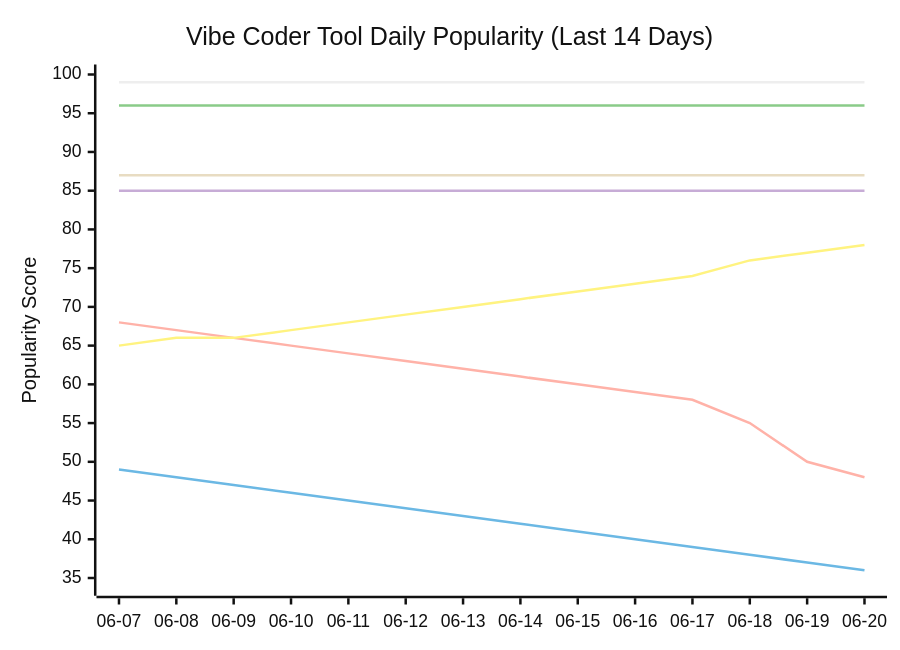
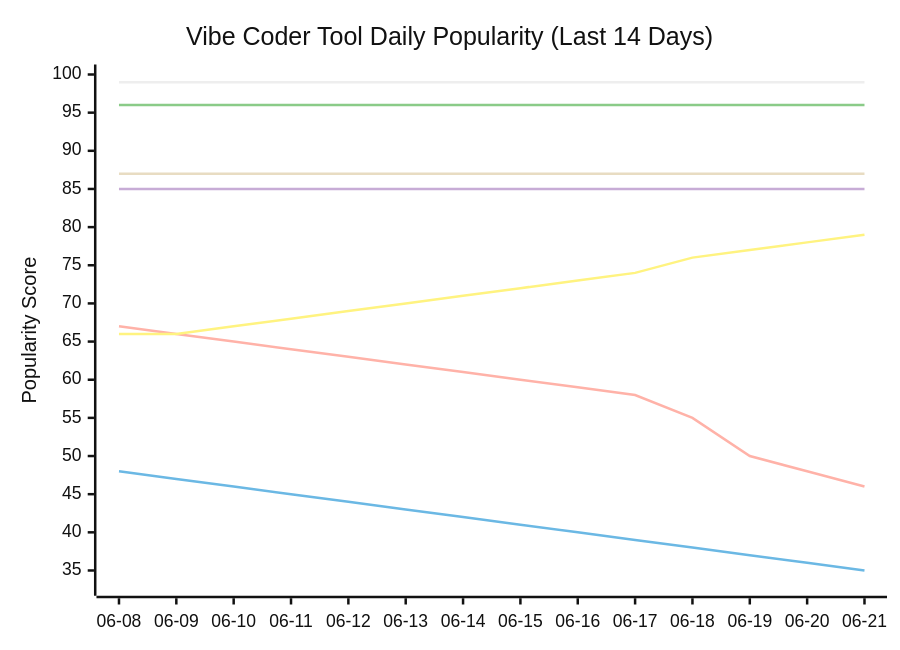
Before and after one commit to tykimos/ai-whatchelin: the seventh of 11 diagrams in README.md, drawn with Mermaid (neutral theme). The commit also changed other lines of this file and 4 other files, not shown here.

````diff
--- a/README.md
+++ b/README.md
@@ -1675,13 +1683,13 @@
 ```mermaid
 xychart-beta
     title "Vibe Coder Tool Daily Popularity (Last 14 Days)"
-    x-axis ["06-07", "06-08", "06-09", "06-10", "06-11", "06-12", "06-13", "06-14", "06-15", "06-16", "06-17", "06-18", "06-19", "06-20"]
-    y-axis "Popularity Score" 34 --> 100
+    x-axis ["06-08", "06-09", "06-10", "06-11", "06-12", "06-13", "06-14", "06-15", "06-16", "06-17", "06-18", "06-19", "06-20", "06-21"]
+    y-axis "Popularity Score" 33 --> 100
     line "Claude Code" [99, 99, 99, 99, 99, 99, 99, 99, 99, 99, 99, 99, 99, 99]
-    line "GH Copilot" [49, 48, 47, 46, 45, 44, 43, 42, 41, 40, 39, 38, 37, 36]
+    line "GH Copilot" [48, 47, 46, 45, 44, 43, 42, 41, 40, 39, 38, 37, 36, 35]
     line "Cursor" [96, 96, 96, 96, 96, 96, 96, 96, 96, 96, 96, 96, 96, 96]
     line "Windsurf" [85, 85, 85, 85, 85, 85, 85, 85, 85, 85, 85, 85, 85, 85]
     line "Codex CLI" [87, 87, 87, 87, 87, 87, 87, 87, 87, 87, 87, 87, 87, 87]
-    line "Gemini CLI" [68, 67, 66, 65, 64, 63, 62, 61, 60, 59, 58, 55, 50, 48]
-    line "Antigravity" [65, 66, 66, 67, 68, 69, 70, 71, 72, 73, 74, 76, 77, 78]
+    line "Gemini CLI" [67, 66, 65, 64, 63, 62, 61, 60, 59, 58, 55, 50, 48, 46]
+    line "Antigravity" [66, 66, 67, 68, 69, 70, 71, 72, 73, 74, 76, 77, 78, 79]
 ```
````
